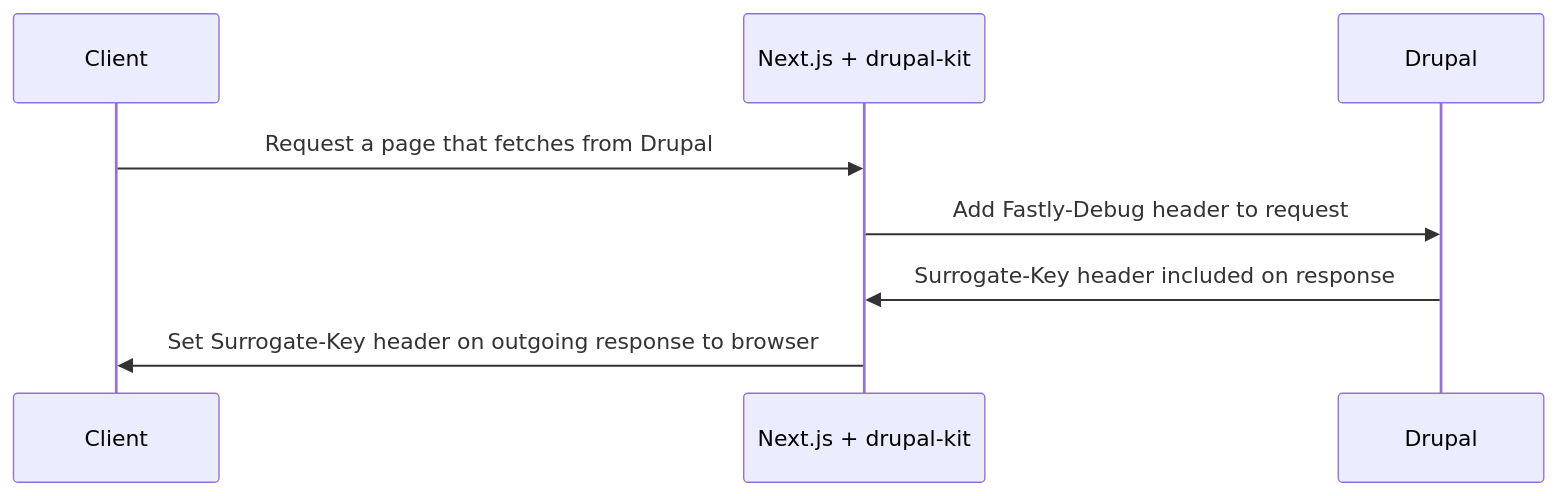
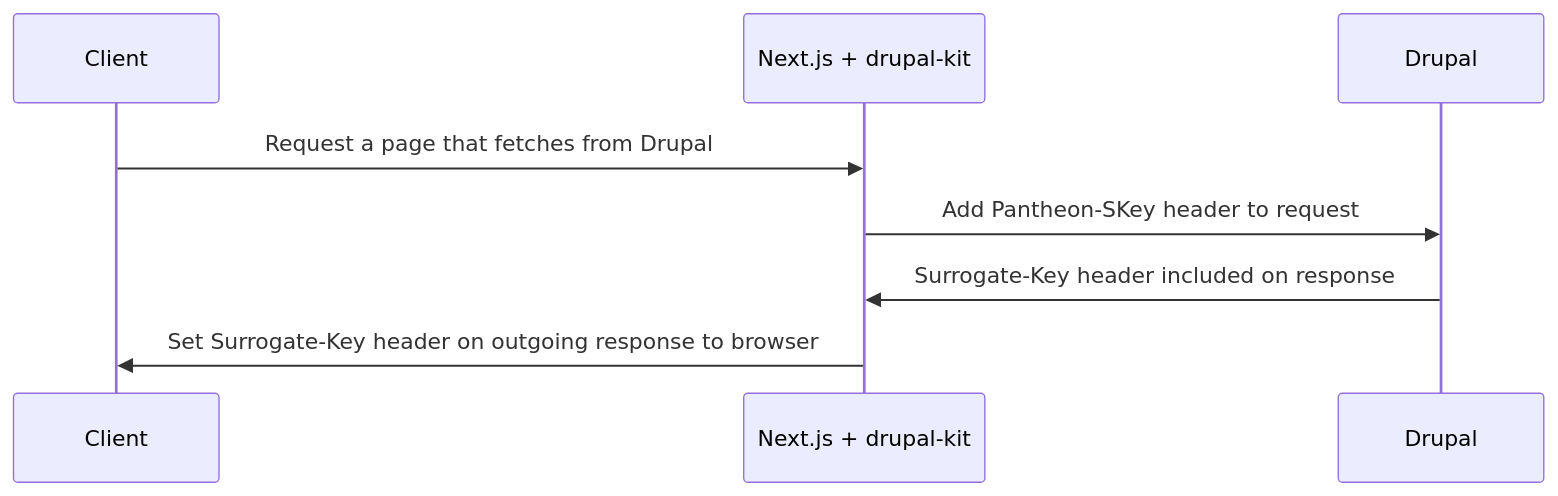
One commit to pantheon-systems/decoupled-kit-js changed the diagram in web/docs/Frontend Starters/Next.js/Next.js + Drupal/surrogate-key-based-caching.md. Above: the diagram before and after it, drawn with Mermaid. The commit also changed other lines of this file and 6 other files, not shown here.

Commit message:
DB-6775: Use Pantheon-SKey to obtain surrogate key header

````diff
--- a/web/docs/Frontend Starters/Next.js/Next.js + Drupal/surrogate-key-based-caching.md
+++ b/web/docs/Frontend Starters/Next.js/Next.js + Drupal/surrogate-key-based-caching.md
@@ -22,10 +29,10 @@
 ```mermaid
 sequenceDiagram
 	participant A as Client
     participant B as Next.js + drupal-kit
     participant C as Drupal
     A->>B: Request a page that fetches from Drupal
-    B->>C: Add Fastly-Debug header to request
+    B->>C: Add Pantheon-SKey header to request
     C->>B: Surrogate-Key header included on response
     B->>A: Set Surrogate-Key header on outgoing response to browser
 ```
````
